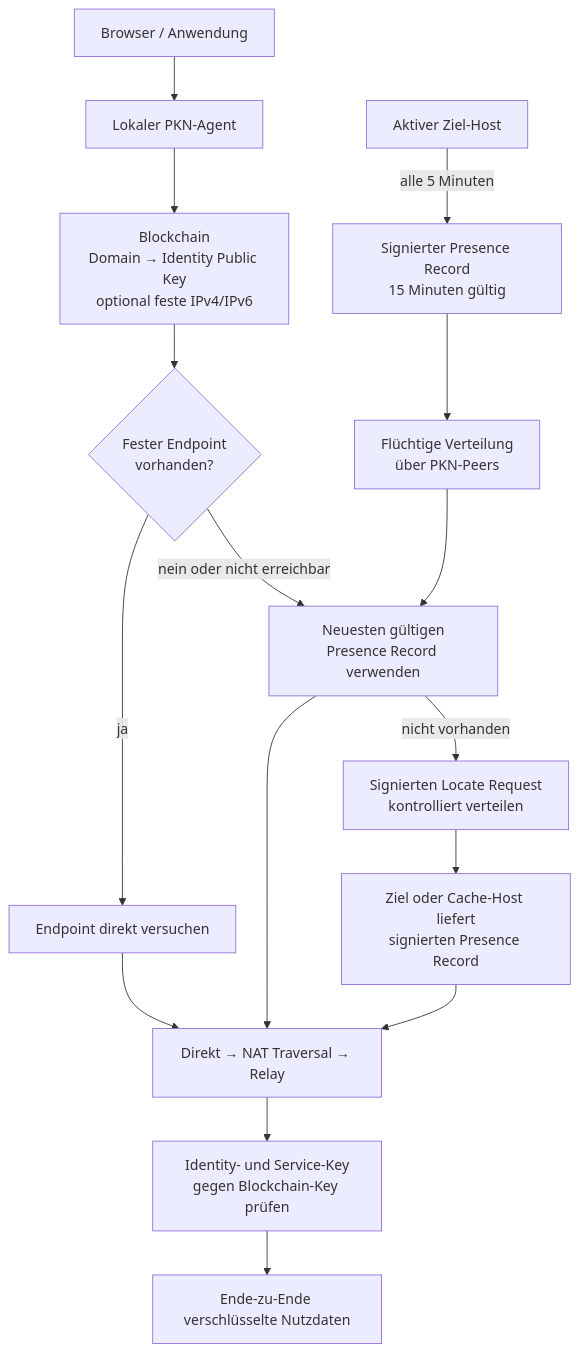
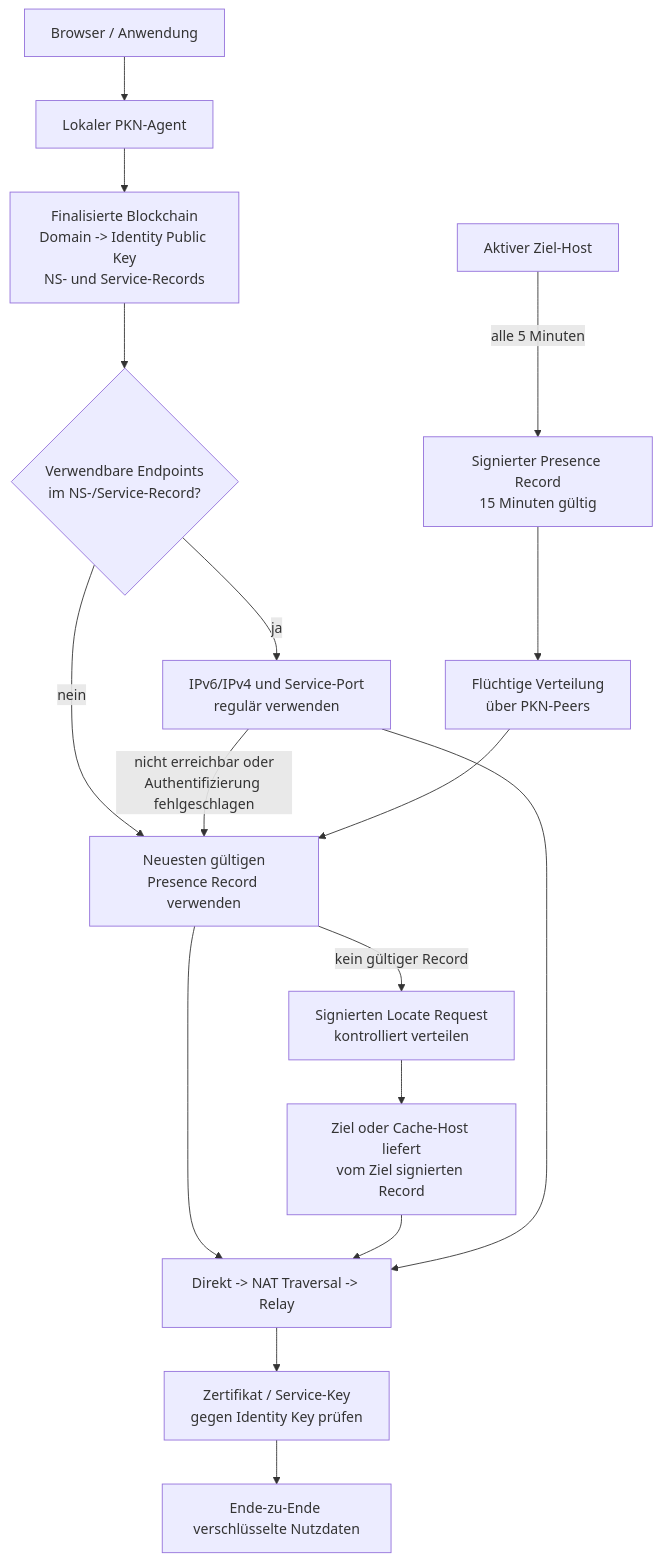
The diagram in README.md (florianthepro/public-key-network), drawn with Mermaid before and after one commit. The commit also changed other lines of this file, not shown here.

````diff
--- a/README.md
+++ b/README.md
@@ -30,21 +38,23 @@
 ```mermaid
 flowchart TB
     APP["Browser / Anwendung"] --> AGENT["Lokaler PKN-Agent"]
-    AGENT --> CHAIN["Blockchain<br/>Domain → Identity Public Key<br/>optional feste IPv4/IPv6"]
+    AGENT --> CHAIN["Finalisierte Blockchain<br/>Domain -> Identity Public Key<br/>NS- und Service-Records"]
 
-    TARGET["Aktiver Ziel-Host"] -->|"alle 5 Minuten"| PRESENCE["Signierter Presence Record<br/>15 Minuten gültig"]
+    CHAIN --> RECORDS{"Verwendbare Endpoints<br/>im NS-/Service-Record?"}
+    RECORDS -->|"ja"| DIRECT["IPv6/IPv4 und Service-Port<br/>regulär verwenden"]
+    RECORDS -->|"nein"| CACHE["Neuesten gültigen<br/>Presence Record verwenden"]
+    DIRECT -->|"nicht erreichbar oder<br/>Authentifizierung fehlgeschlagen"| CACHE
+
+    HOST["Aktiver Ziel-Host"] -->|"alle 5 Minuten"| PRESENCE["Signierter Presence Record<br/>15 Minuten gültig"]
     PRESENCE --> MESH["Flüchtige Verteilung<br/>über PKN-Peers"]
+    MESH --> CACHE
 
-    CHAIN --> STATIC{"Fester Endpoint<br/>vorhanden?"}
-    STATIC -->|"ja"| DIRECT["Endpoint direkt versuchen"]
-    STATIC -->|"nein oder nicht erreichbar"| CACHE["Neuesten gültigen<br/>Presence Record verwenden"]
-    MESH --> CACHE
-    CACHE -->|"nicht vorhanden"| DISCOVERY["Signierten Locate Request<br/>kontrolliert verteilen"]
-    DISCOVERY --> RESPONSE["Ziel oder Cache-Host liefert<br/>signierten Presence Record"]
+    CACHE -->|"kein gültiger Record"| DISCOVERY["Signierten Locate Request<br/>kontrolliert verteilen"]
+    DISCOVERY --> RESPONSE["Ziel oder Cache-Host liefert<br/>vom Ziel signierten Record"]
 
-    DIRECT --> CONNECT["Direkt → NAT Traversal → Relay"]
-    CACHE --> CONNECT
-    RESPONSE --> CONNECT
-    CONNECT --> AUTH["Identity- und Service-Key<br/>gegen Blockchain-Key prüfen"]
+    CACHE --> CONNECTION["Direkt -> NAT Traversal -> Relay"]
+    RESPONSE --> CONNECTION
+    DIRECT --> CONNECTION
+    CONNECTION --> AUTH["Zertifikat / Service-Key<br/>gegen Identity Key prüfen"]
     AUTH --> DATA["Ende-zu-Ende verschlüsselte Nutzdaten"]
 ```
````
